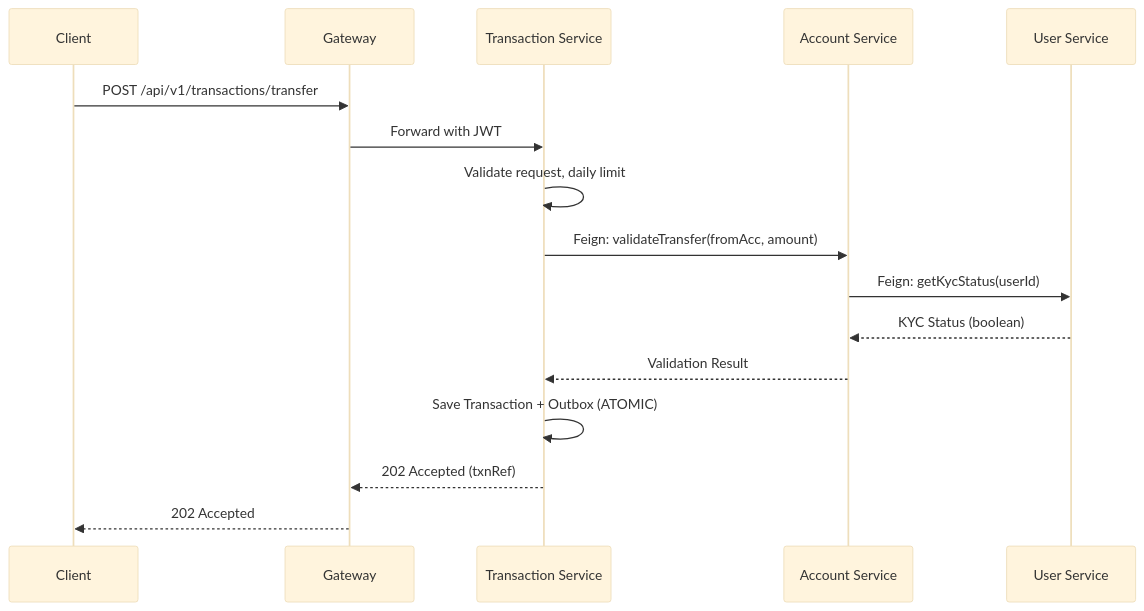
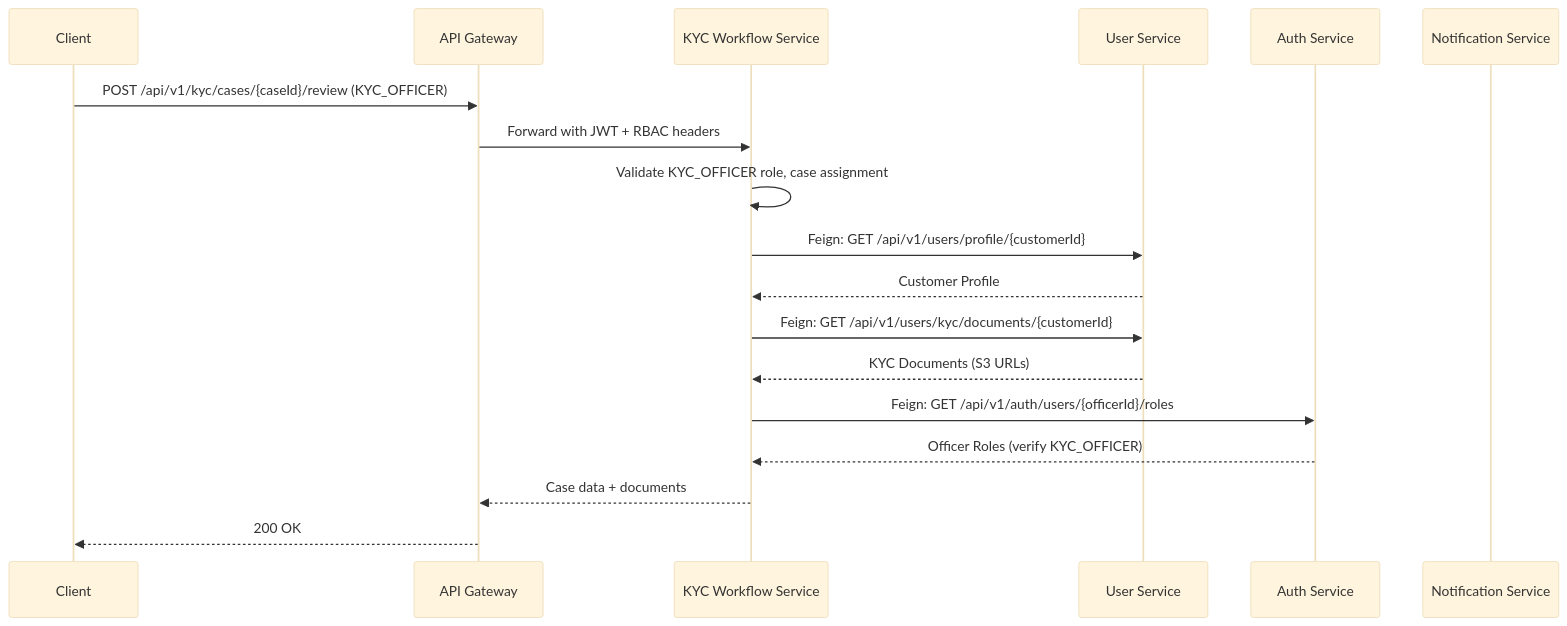
Before and after one commit to Rabbaniinamdar/citi-core-project: the fourth of 18 diagrams in architecture/docs/CITICORE_TARGET_STATE_ARCHITECTURE.md, drawn with Mermaid. The commit also changed other lines of this file and 82 other files, not shown here.

````diff
--- a/architecture/docs/CITICORE_TARGET_STATE_ARCHITECTURE.md
+++ b/architecture/docs/CITICORE_TARGET_STATE_ARCHITECTURE.md
@@ -432,20 +670,22 @@
 ```mermaid
 %%{init: {'theme': 'base'}}%%
 sequenceDiagram
     participant Client
-    participant Gateway
-    participant TxnSvc as Transaction Service
-    participant AccSvc as Account Service
-    participant UserSvc as User Service
+    participant GW as API Gateway
+    participant KYC as KYC Workflow Service
+    participant USER as User Service
+    participant AUTH as Auth Service
+    participant NOTIF as Notification Service
     
-    Client->>Gateway: POST /api/v1/transactions/transfer
-    Gateway->>TxnSvc: Forward with JWT
-    TxnSvc->>TxnSvc: Validate request, daily limit
-    TxnSvc->>AccSvc: Feign: validateTransfer(fromAcc, amount)
-    AccSvc->>UserSvc: Feign: getKycStatus(userId)
-    UserSvc-->>AccSvc: KYC Status (boolean)
-    AccSvc-->>TxnSvc: Validation Result
-    TxnSvc->>TxnSvc: Save Transaction + Outbox (ATOMIC)
-    TxnSvc-->>Gateway: 202 Accepted (txnRef)
-    Gateway-->>Client: 202 Accepted
+    Client->>GW: POST /api/v1/kyc/cases/{caseId}/review (KYC_OFFICER)
+    GW->>KYC: Forward with JWT + RBAC headers
+    KYC->>KYC: Validate KYC_OFFICER role, case assignment
+    KYC->>USER: Feign: GET /api/v1/users/profile/{customerId}
+    USER-->>KYC: Customer Profile
+    KYC->>USER: Feign: GET /api/v1/users/kyc/documents/{customerId}
+    USER-->>KYC: KYC Documents (S3 URLs)
+    KYC->>AUTH: Feign: GET /api/v1/auth/users/{officerId}/roles
+    AUTH-->>KYC: Officer Roles (verify KYC_OFFICER)
+    KYC-->>GW: Case data + documents
+    GW-->>Client: 200 OK
 ```
````
